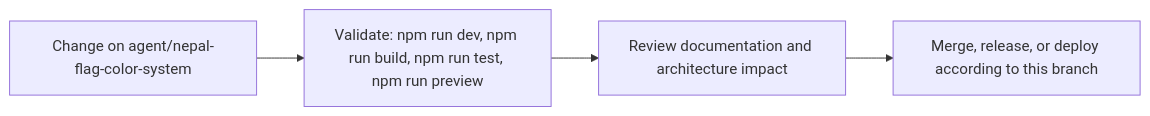
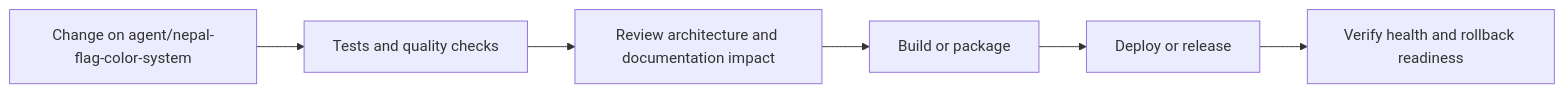
Before and after one commit to Nischhalsubba/Napiyo: the fourth of 5 diagrams in README.md, drawn with Mermaid. The commit also changed other lines of this file, not shown here.

````diff
--- a/README.md
+++ b/README.md
@@ -72,8 +153,8 @@
 ```mermaid
 flowchart LR
-    CHANGE["Change on agent/nepal-flag-color-system"]
-    CHECK["Validate: npm run dev, npm run build, npm run test, npm run preview"]
-    REVIEW["Review documentation and architecture impact"]
-    RELEASE["Merge, release, or deploy according to this branch"]
-    CHANGE --> CHECK --> REVIEW --> RELEASE
+    CHANGE["Change on agent/nepal-flag-color-system"] --> CHECK["Tests and quality checks"]
+    CHECK --> REVIEW["Review architecture and documentation impact"]
+    REVIEW --> BUILD["Build or package"]
+    BUILD --> DEPLOY["Deploy or release"]
+    DEPLOY --> VERIFY["Verify health and rollback readiness"]
 ```
````
